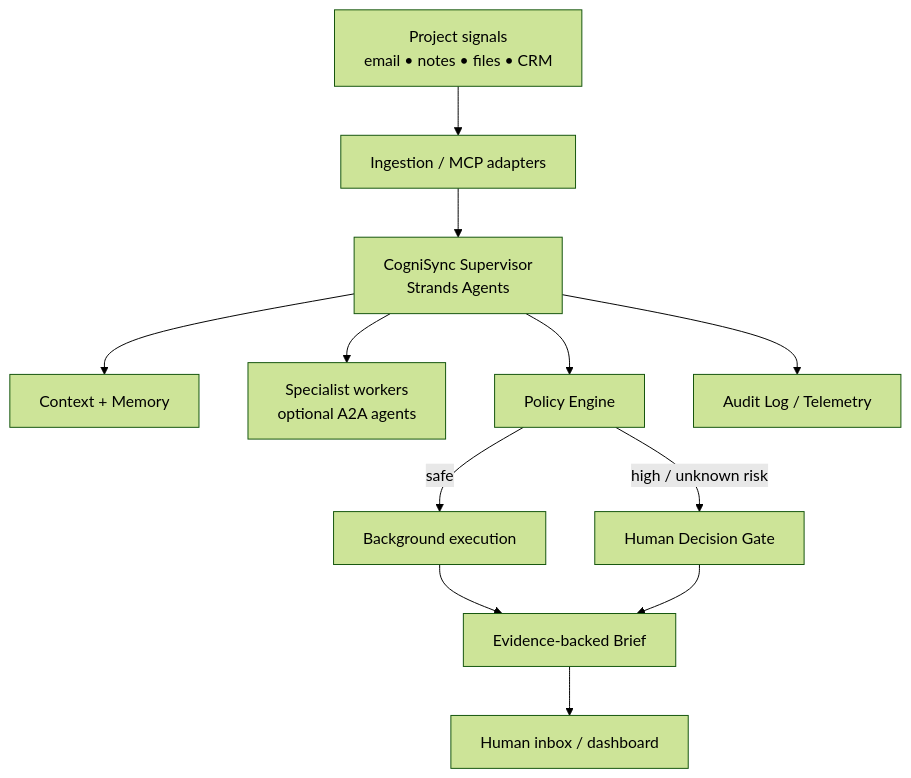
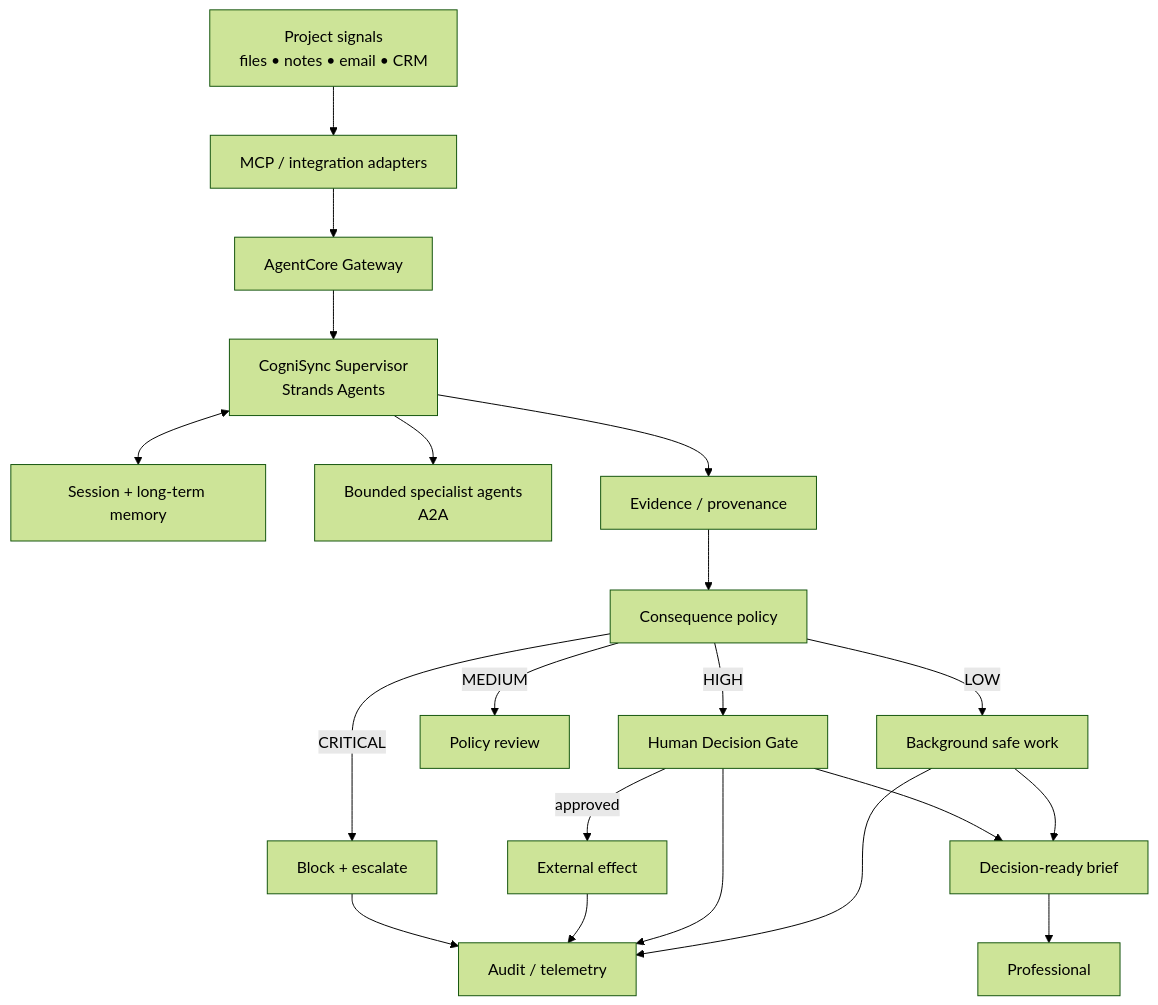
The diagram in README.md (fotografandrzejmikulski-bit/Agents-for-Humans-Hackathon), drawn with Mermaid (forest theme) before and after one commit. The commit also changed other lines of this file, not shown here.

````diff
--- a/README.md
+++ b/README.md
@@ -37,14 +73,22 @@
 ```mermaid
-flowchart TD
-    A[Project signals\nemail • notes • files • CRM] --> B[Ingestion / MCP adapters]
-    B --> C[CogniSync Supervisor\nStrands Agents]
-    C --> D[Context + Memory]
-    C --> E[Specialist workers\noptional A2A agents]
-    C --> F[Policy Engine]
-    F -->|safe| G[Background execution]
-    F -->|high / unknown risk| H[Human Decision Gate]
-    G --> I[Evidence-backed Brief]
-    H --> I
-    C --> J[Audit Log / Telemetry]
-    I --> K[Human inbox / dashboard]
+flowchart TB
+    S[Project signals\nfiles • notes • email • CRM] --> M[MCP / integration adapters]
+    M --> G[AgentCore Gateway]
+    G --> SUP[CogniSync Supervisor\nStrands Agents]
+    SUP <--> MEM[Session + long-term memory]
+    SUP --> A2A[Bounded specialist agents\nA2A]
+    SUP --> EV[Evidence / provenance]
+    EV --> P[Consequence policy]
+    P -->|LOW| BG[Background safe work]
+    P -->|MEDIUM| RV[Policy review]
+    P -->|HIGH| HITL[Human Decision Gate]
+    P -->|CRITICAL| BL[Block + escalate]
+    HITL -->|approved| FX[External effect]
+    BG --> AUD[Audit / telemetry]
+    HITL --> AUD
+    FX --> AUD
+    BL --> AUD
+    BG --> OUT[Decision-ready brief]
+    HITL --> OUT
+    OUT --> H[Professional]
 ```
````
